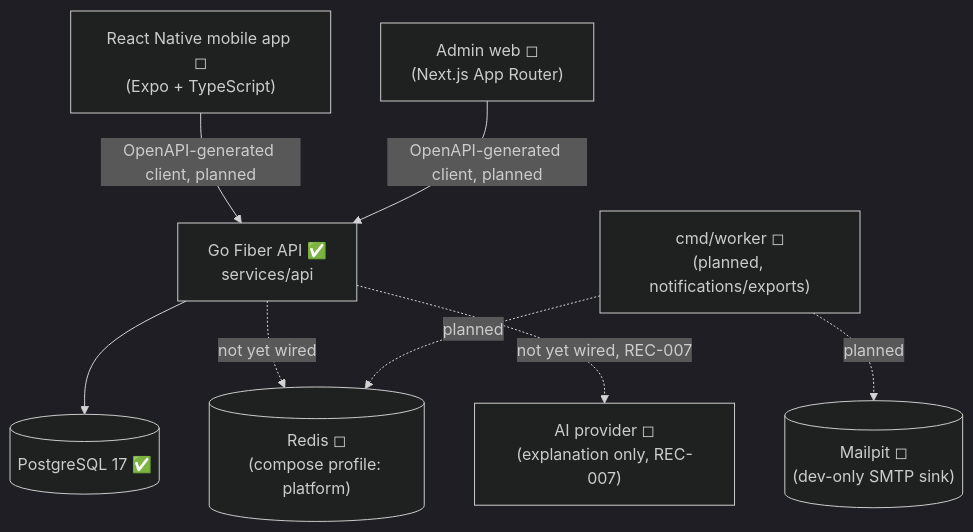
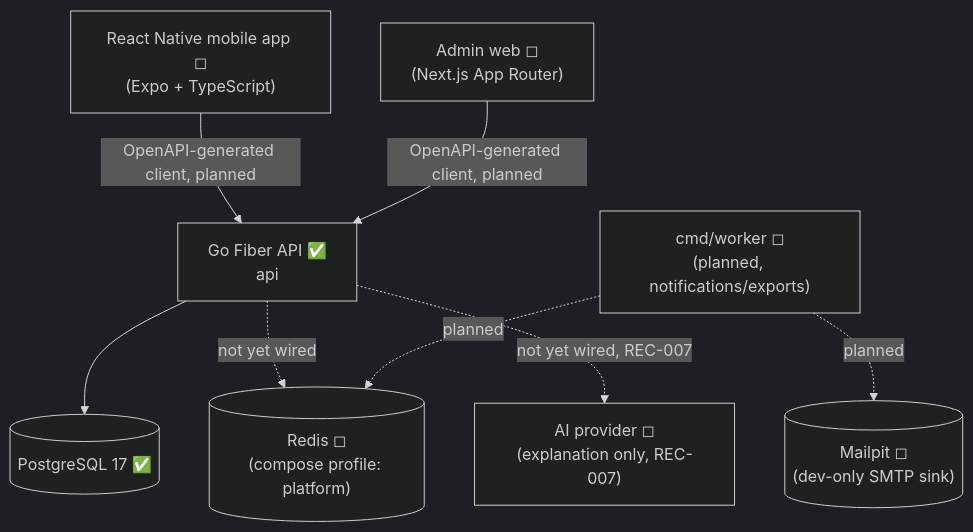
Before and after one commit to RianAsmara/sakuplan: the first of 3 diagrams in SakuPlan/Projects/SakuPlan/Engineering/System Architecture.md, drawn with Mermaid (dark theme). The commit also changed other lines of this file and 79 other files, not shown here.

First line of the commit message:
refactor: flatten services/api to api at repo root

````diff
--- a/SakuPlan/Projects/SakuPlan/Engineering/System Architecture.md
+++ b/SakuPlan/Projects/SakuPlan/Engineering/System Architecture.md
@@ -26,19 +26,19 @@
 ```mermaid
 graph TB
     Mobile["React Native mobile app ◻<br/>(Expo + TypeScript)"]
     Admin["Admin web ◻<br/>(Next.js App Router)"]
-    API["Go Fiber API ✅<br/>services/api"]
+    API["Go Fiber API ✅<br/>api"]
     Worker["cmd/worker ◻<br/>(planned, notifications/exports)"]
     PG[("PostgreSQL 17 ✅")]
     Redis[("Redis ◻<br/>(compose profile: platform)")]
     Mailpit[("Mailpit ◻<br/>(dev-only SMTP sink)")]
     AI["AI provider ◻<br/>(explanation only, REC-007)"]
 
     Mobile -->|OpenAPI-generated client, planned| API
     Admin -->|OpenAPI-generated client, planned| API
     API --> PG
     API -.->|not yet wired| Redis
     Worker -.->|planned| Redis
     Worker -.->|planned| Mailpit
     API -.->|not yet wired, REC-007| AI
 ```
````
